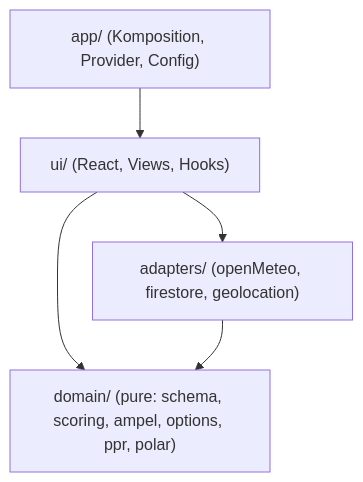
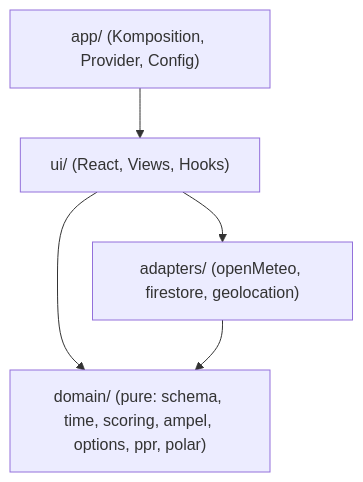
The first of 3 diagrams in _bmad-output/planning-artifacts/architecture/architecture-sailgreece-router-2026-07-30/ARCHITECTURE-SPINE.md (mantapanta/sailgreece-router), drawn with Mermaid before and after one commit. The commit also changed other lines of this file and 1 other file, not shown here.

First line of the commit message:
Harden architecture spine per reviewer gate: AD-9/10/11, sharpened AD-2/3/4/5/8

````diff
--- a/_bmad-output/planning-artifacts/architecture/architecture-sailgreece-router-2026-07-30/ARCHITECTURE-SPINE.md
+++ b/_bmad-output/planning-artifacts/architecture/architecture-sailgreece-router-2026-07-30/ARCHITECTURE-SPINE.md
@@ -28,7 +28,7 @@
 ```mermaid
 graph TD
-  ui["ui/ (React, Views, Hooks)"] --> domain["domain/ (pure: schema, scoring, ampel, options, ppr, polar)"]
+  ui["ui/ (React, Views, Hooks)"] --> domain["domain/ (pure: schema, time, scoring, ampel, options, ppr, polar)"]
   ui --> adapters["adapters/ (openMeteo, firestore, geolocation)"]
   app["app/ (Komposition, Provider, Config)"] --> ui
   adapters --> domain
 ```
````
